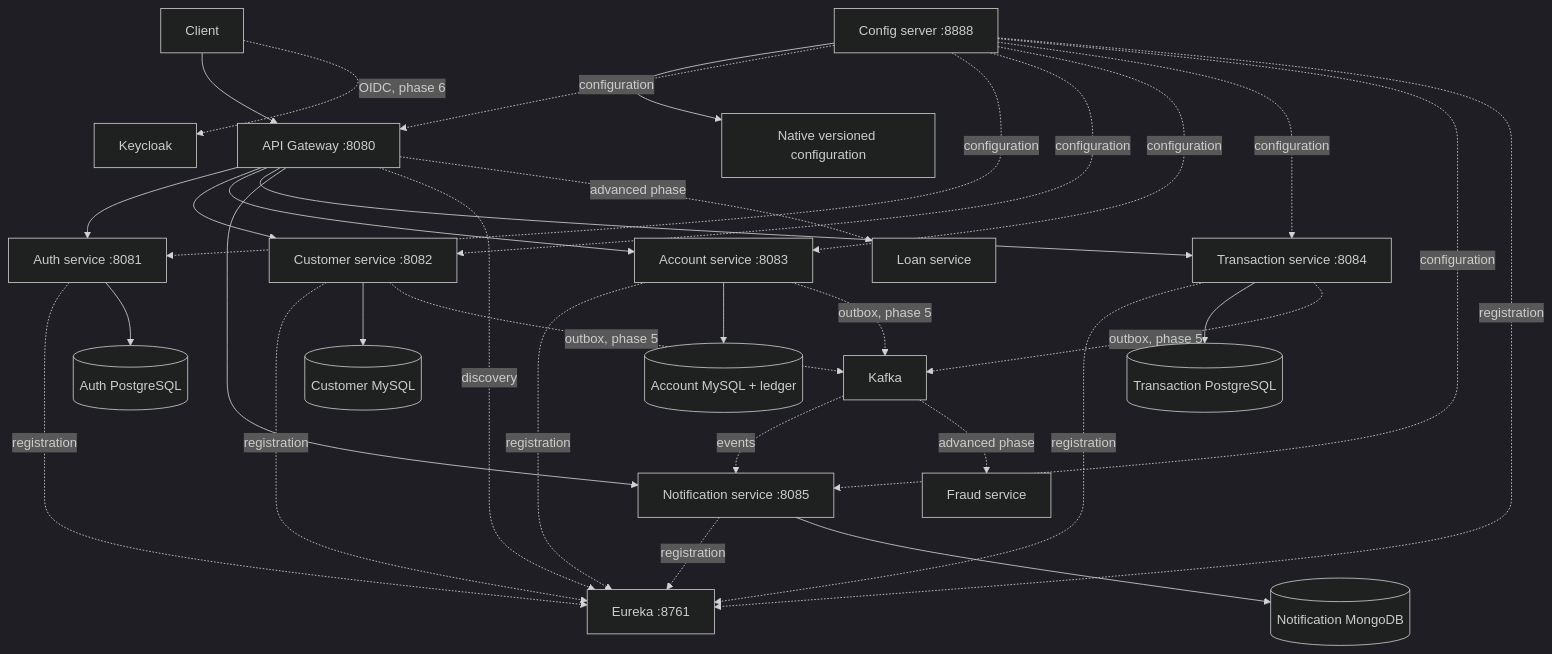
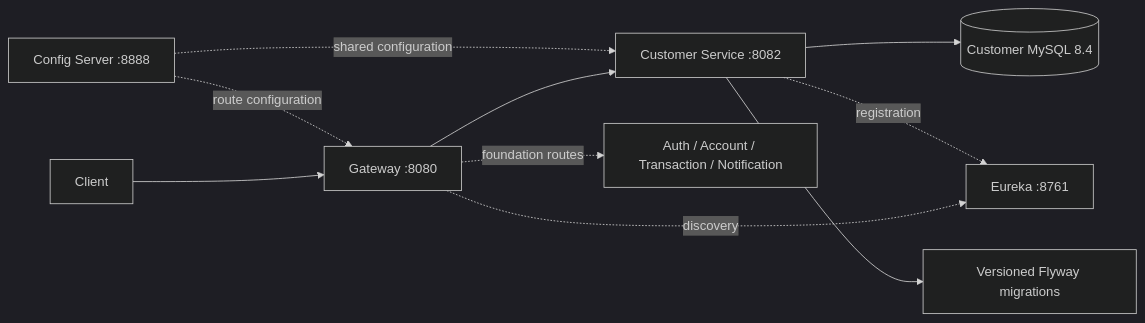
Before and after one commit to pajic2017/banking-app-dra: the diagram in README.md, drawn with Mermaid (dark theme). The commit also changed other lines of this file and 26 other files, not shown here.

Commit message:
Implement Phase 2 Customer Service

````diff
--- a/README.md
+++ b/README.md
@@ -9,35 +8,12 @@
 ```mermaid
-flowchart TB
-    Client --> Gateway[API Gateway :8080]
-    Gateway --> Auth[Auth service :8081]
-    Gateway --> Customer[Customer service :8082]
-    Gateway --> Account[Account service :8083]
-    Gateway --> Transaction[Transaction service :8084]
-    Gateway --> Notification[Notification service :8085]
-    Config[Config server :8888] --> Files[Native versioned configuration]
-    Config -. configuration .-> Gateway
-    Config -. configuration .-> Auth
-    Config -. configuration .-> Customer
-    Config -. configuration .-> Account
-    Config -. configuration .-> Transaction
-    Config -. configuration .-> Notification
+flowchart LR
+    Client --> Gateway[Gateway :8080]
+    Gateway --> Customer[Customer Service :8082]
+    Customer --> MySQL[(Customer MySQL 8.4)]
+    Customer --> Flyway[Versioned Flyway migrations]
     Gateway -. discovery .-> Eureka[Eureka :8761]
-    Auth -. registration .-> Eureka
     Customer -. registration .-> Eureka
-    Account -. registration .-> Eureka
-    Transaction -. registration .-> Eureka
-    Notification -. registration .-> Eureka
-    Config -. registration .-> Eureka
-    Customer --> MySQLCustomer[(Customer MySQL)]
-    Account --> MySQLAccount[(Account MySQL + ledger)]
-    Transaction --> PostgreSQLTransaction[(Transaction PostgreSQL)]
-    Auth --> PostgreSQLAuth[(Auth PostgreSQL)]
-    Notification --> Mongo[(Notification MongoDB)]
-    Client -. OIDC, phase 6 .-> Keycloak
-    Account -. outbox, phase 5 .-> Kafka
-    Customer -. outbox, phase 5 .-> Kafka
-    Transaction -. outbox, phase 5 .-> Kafka
-    Kafka -. events .-> Notification
-    Kafka -. advanced phase .-> Fraud[Fraud service]
-    Gateway -. advanced phase .-> Loan[Loan service]
+    Config[Config Server :8888] -. route configuration .-> Gateway
+    Config -. shared configuration .-> Customer
+    Gateway -. foundation routes .-> Others[Auth / Account / Transaction / Notification]
 ```
````
